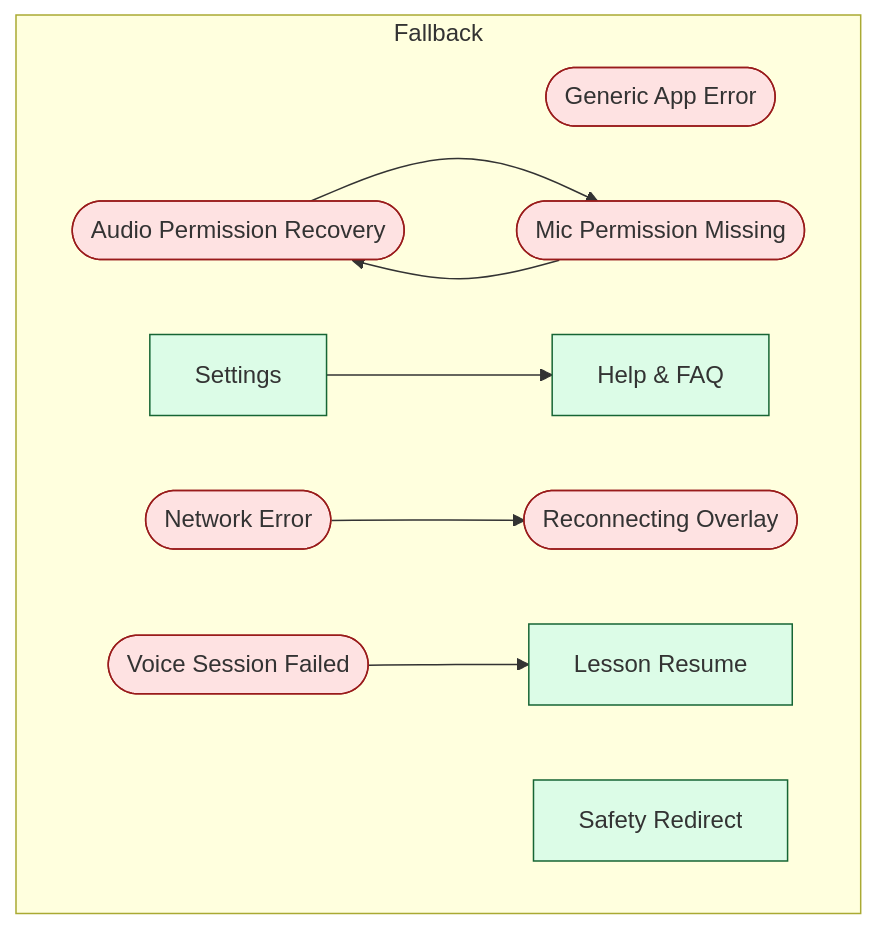
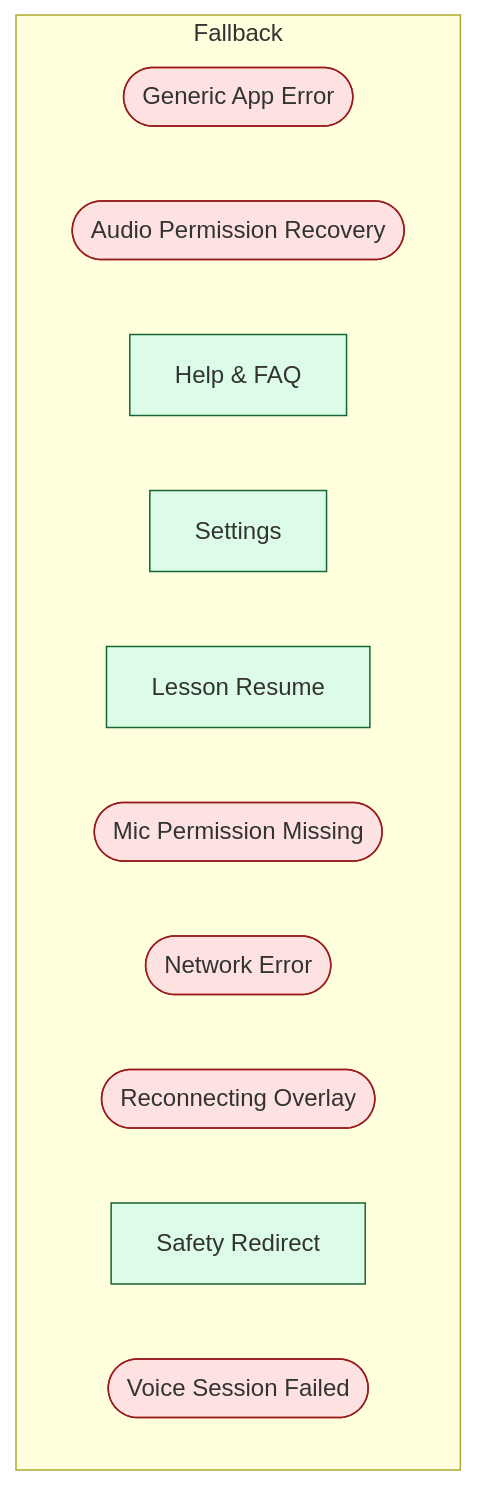
One commit to JSR-Algo/TJBOT-Mobile changed the diagram in tbot-design/docs/flows/domains/fallback/flow.generated.mmd. Above: the diagram before and after it, drawn with Mermaid. The commit also changed 945 other files, not shown here.

```diff
--- a/tbot-design/docs/flows/domains/fallback/flow.generated.mmd
+++ b/tbot-design/docs/flows/domains/fallback/flow.generated.mmd
@@ -1,40 +1,19 @@
-%% GENERATED FROM nav-graph-data.json sha=a64610b0bee3. Do not edit by hand.
+%% GENERATED FROM nav-graph-data.json sha=99252d49ba12. Do not edit by hand.
 %% domain: fallback
 flowchart TD
   classDef happy fill:#dcfce7,stroke:#166534
   classDef edge  fill:#fee2e2,stroke:#991b1b
   subgraph Fallback["Fallback"]
     app_error(["Generic App Error"])
     audio_recovery(["Audio Permission Recovery"])
     help_faq["Help & FAQ"]
     kid_settings["Settings"]
     lesson_resume["Lesson Resume"]
     mic_missing(["Mic Permission Missing"])
     network_error(["Network Error"])
     reconnecting_overlay(["Reconnecting Overlay"])
     safety_redirect["Safety Redirect"]
     voice_failed(["Voice Session Failed"])
   end
-  audio_recovery --> mic_missing
-  kid_settings --> help_faq
-  mic_missing --> audio_recovery
-  network_error --> reconnecting_overlay
-  voice_failed --> lesson_resume
   class help_faq,kid_settings,lesson_resume,safety_redirect happy
   class app_error,audio_recovery,mic_missing,network_error,reconnecting_overlay,voice_failed edge
-
-%% cross-domain outbound (handled in shared/cross-domain.flow.mmd):
-%%   app_error -> home_hub_idle (home)
-%%   audio_recovery -> home_hub_idle (home)
-%%   kid_settings -> home_hub_idle (home)
-%%   lesson_resume -> home_hub_idle (home)
-%%   mic_missing -> home_hub_idle (home)
-%%   network_error -> home_hub_idle (home)
-%%   reconnecting_overlay -> home_hub_idle (home)
-%%   safety_redirect -> home_hub_idle (home)
-%%   voice_failed -> home_hub_idle (home)
-%%   lesson_resume -> robot_speaking (lesson-session)
-%%   reconnecting_overlay -> robot_listening (lesson-session)
-%%   help_faq -> parent_summary (parent)
-%%   kid_settings -> parent_gate (parent)
-%%   safety_redirect -> parent_gate (parent)
```
